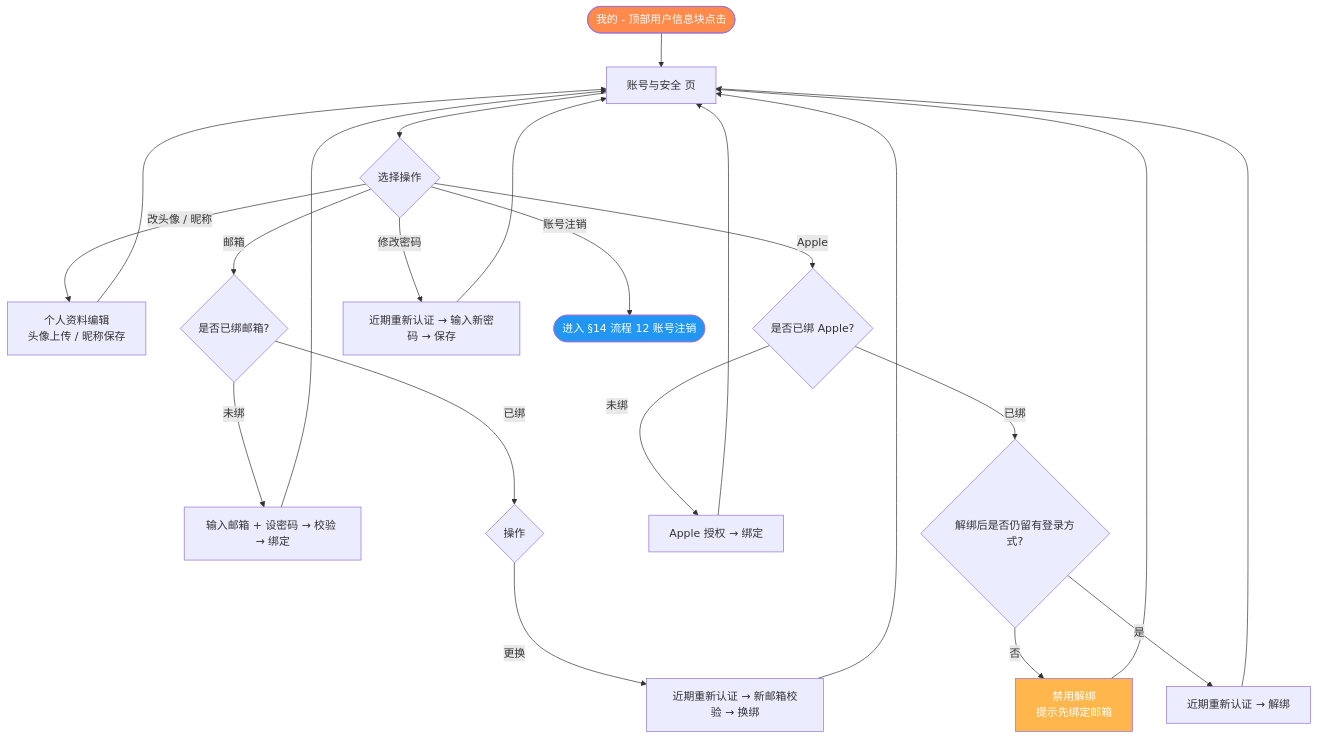
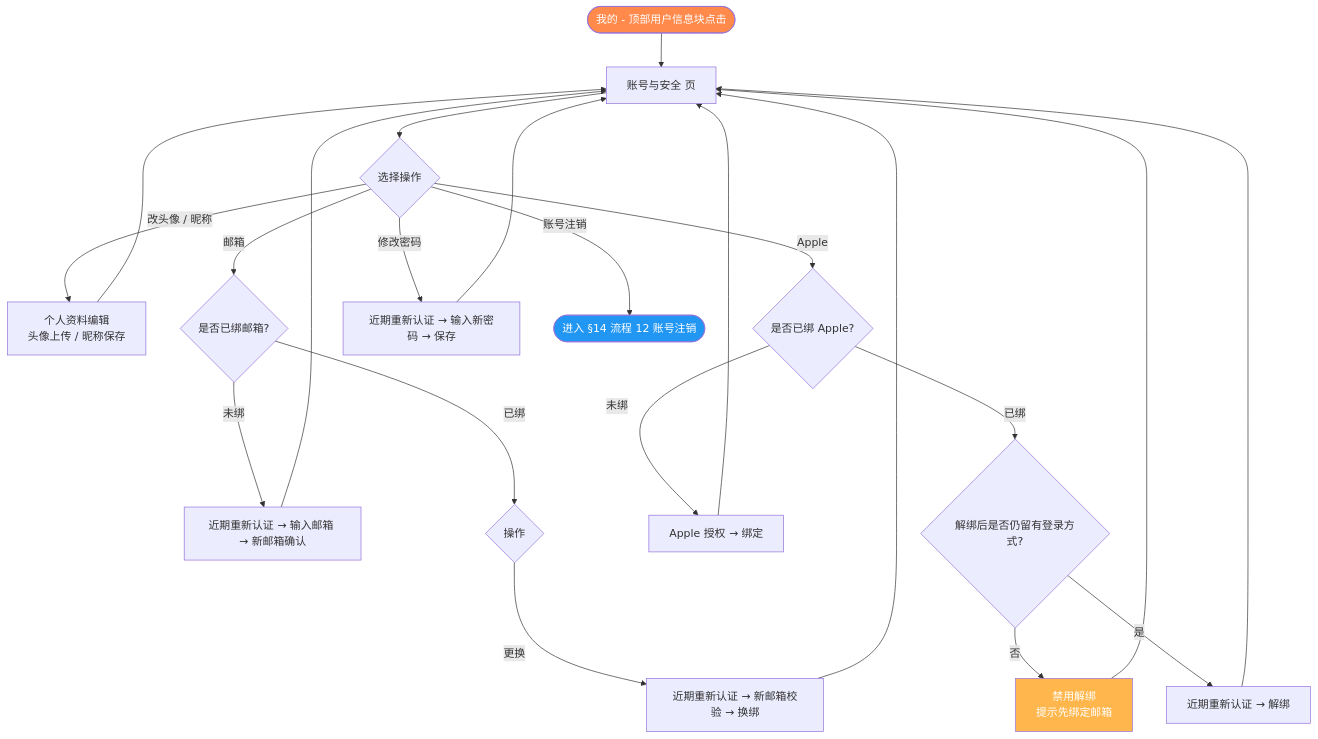
Before and after one commit to raochen0000/HomeBook: diagram 16 of 16 in docs/PRD.md, drawn with Mermaid. The commit also changed other lines of this file and 3 other files, not shown here.

````diff
--- a/docs/PRD.md
+++ b/docs/PRD.md
@@ -1549,34 +1551,34 @@
 ```mermaid
 flowchart TD
     A([我的 - 顶部用户信息块点击]) --> B[账号与安全 页]
     B --> C{选择操作}
 
     C -- 改头像 / 昵称 --> D[个人资料编辑<br/>头像上传 / 昵称保存]
     D --> B
 
     C -- 邮箱 --> E{是否已绑邮箱?}
-    E -- 未绑 --> E1[输入邮箱 + 设密码 → 校验 → 绑定]
+    E -- 未绑 --> E1[近期重新认证 → 输入邮箱 → 新邮箱确认]
     E -- 已绑 --> E2{操作}
     E2 -- 更换 --> E2a[近期重新认证 → 新邮箱校验 → 换绑]
 
     C -- Apple --> F{是否已绑 Apple?}
     F -- 未绑 --> F1[Apple 授权 → 绑定]
     F -- 已绑 --> F2{解绑后是否仍留有登录方式?}
     F2 -- 否 --> Guard[禁用解绑<br/>提示先绑定邮箱]
     F2 -- 是 --> F3[近期重新认证 → 解绑]
 
     C -- 修改密码 --> G[近期重新认证 → 输入新密码 → 保存]
 
     C -- 账号注销 --> H([进入 §14 流程 12 账号注销])
 
     E1 --> B
     E2a --> B
     F1 --> B
     F3 --> B
     G --> B
     Guard --> B
 
     style A fill:#FF8A4C,color:#fff
     style H fill:#2196F3,color:#fff
     style Guard fill:#FFB74D,color:#fff
 ```
````
